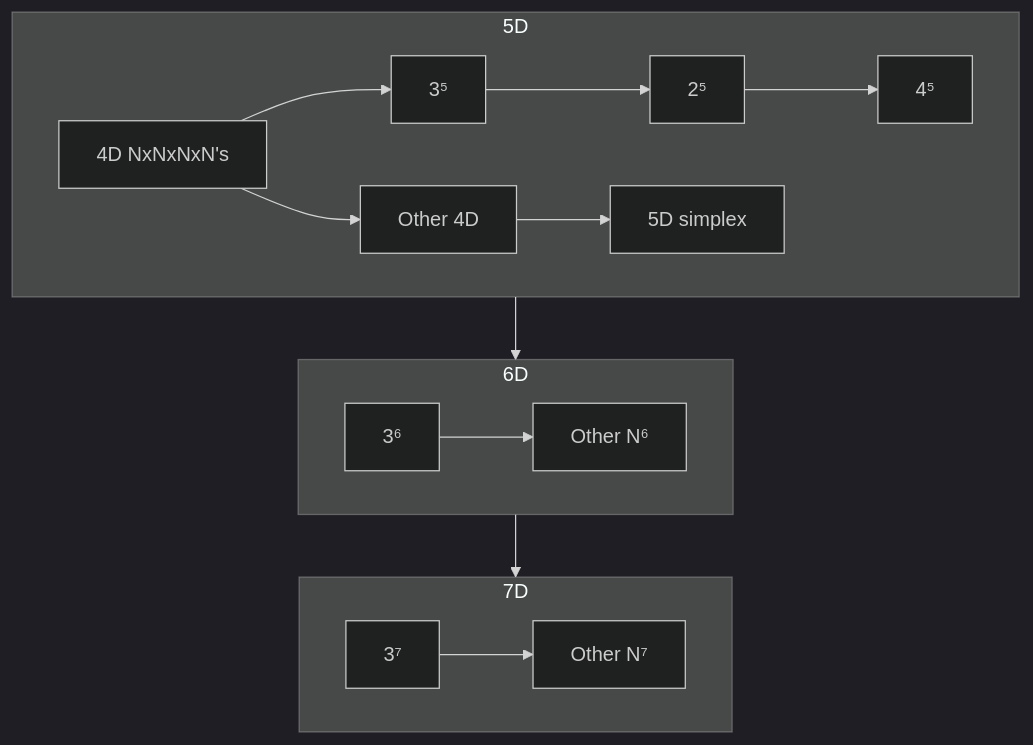
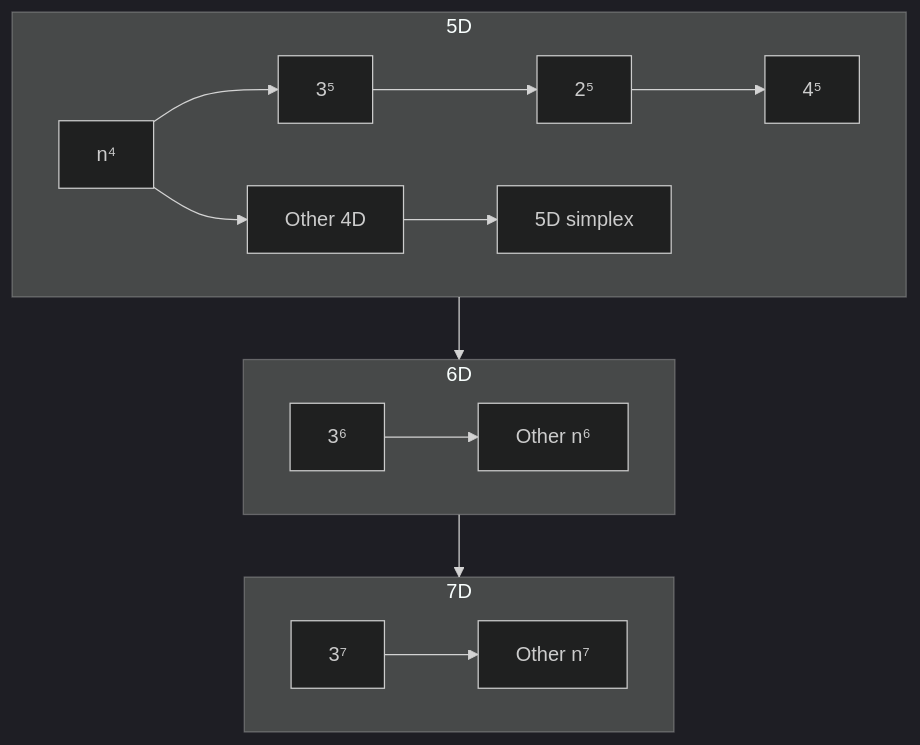
Before and after one commit to Hypercubers/hypercubing.xyz: the fourth of 4 diagrams in docs/progression.md, drawn with Mermaid (dark theme).

Commit message:
Fix inconsistent spelling in progression.md

````diff
--- a/docs/progression.md
+++ b/docs/progression.md
@@ -77,29 +77,29 @@
 ```mermaid
 flowchart TD
     
     subgraph 5D
     direction LR
-    A[4D NxNxNxN's]
+    A["n⁴"]
     B["3⁵"]
     C["2⁵"]
     D["4⁵"]
     E[Other 4D]
     F[5D simplex]
     A --> B --> C --> D
     E --> F
     A --> E
     end
     subgraph 6D
     direction LR
     G["3⁶"]
-    H["Other N⁶"]
+    H["Other n⁶"]
     G --> H
     end
     subgraph 7D
     direction LR
     V["3⁷"]
-    Q["Other N⁷"]
+    Q["Other n⁷"]
     V --> Q
     end
     5D --> 6D --> 7D
 ```
````
